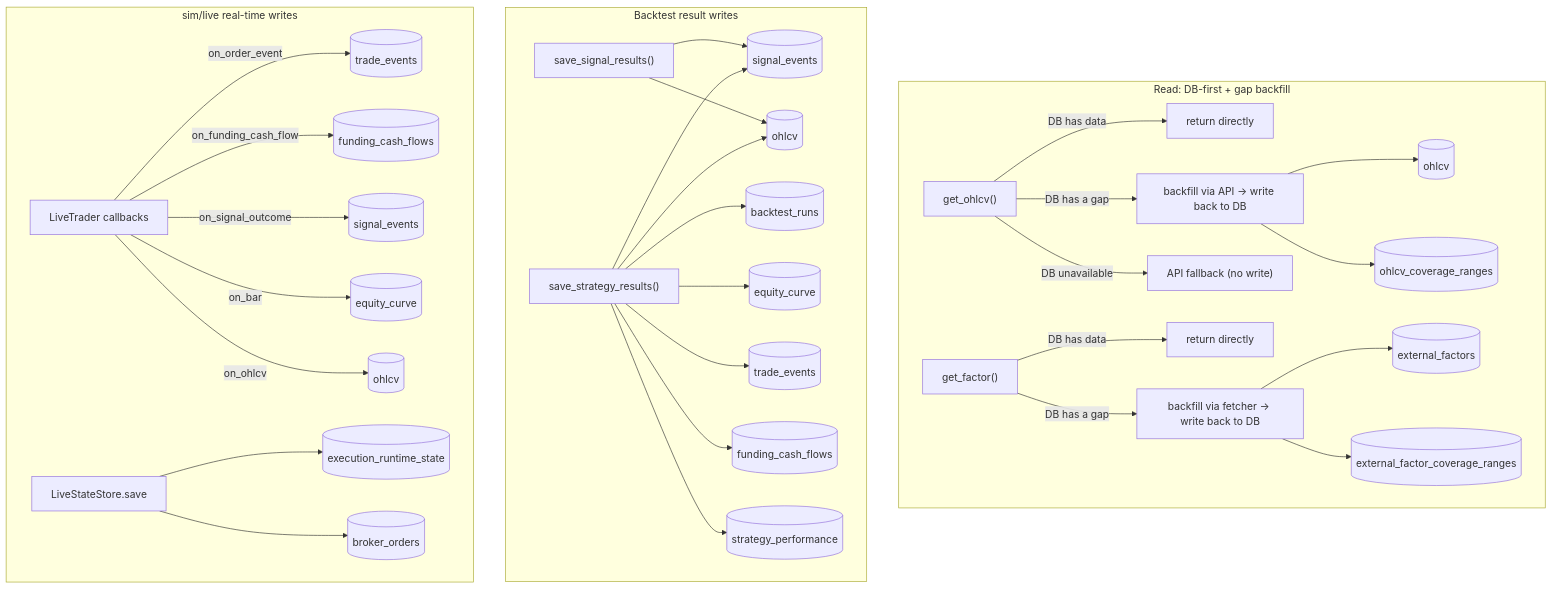
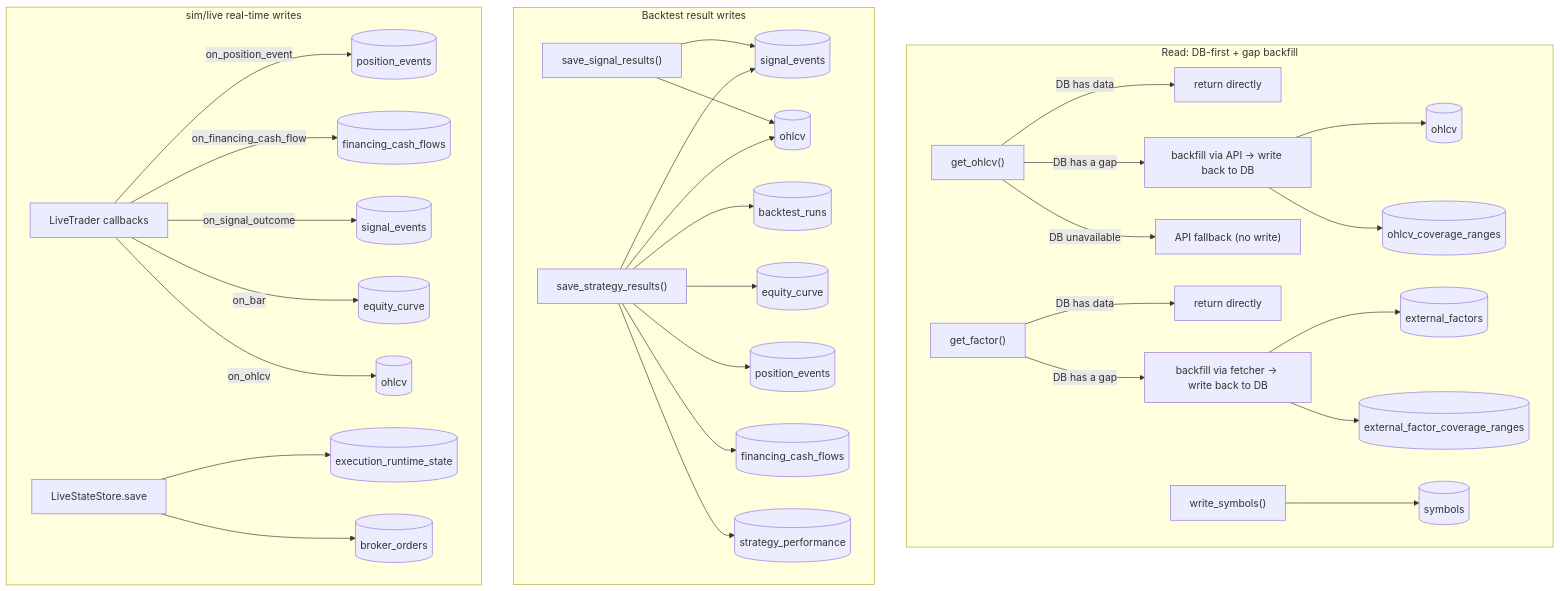
Before and after one commit to awwesomeman/librae: the diagram in architecture.md, drawn with Mermaid. The commit also changed other lines of this file and 5 other files, not shown here.

````diff
--- a/architecture.md
+++ b/architecture.md
@@ -636,38 +663,40 @@
 ```mermaid
 flowchart TD
     subgraph read["Read: DB-first + gap backfill"]
         get_ohlcv["get_ohlcv()"] -- "DB has data" --> direct1["return directly"]
         get_ohlcv -- "DB has a gap" --> apifill["backfill via API → write back to DB"]
         get_ohlcv -- "DB unavailable" --> fallback["API fallback (no write)"]
         apifill --> r_ohlcv[("ohlcv")]
         apifill --> r_ohlcv_cov[("ohlcv_coverage_ranges")]
 
         get_factor["get_factor()"] -- "DB has data" --> direct2["return directly"]
         get_factor -- "DB has a gap" --> factorfill["backfill via fetcher → write back to DB"]
         factorfill --> r_factors[("external_factors")]
         factorfill --> r_factor_cov[("external_factor_coverage_ranges")]
+
+        sync_symbols["write_symbols()"] --> r_symbols[("symbols")]
     end
 
     subgraph backtest["Backtest result writes"]
         save_signal["save_signal_results()"] --> b_signal_events[("signal_events")]
         save_signal --> b_ohlcv[("ohlcv")]
 
         save_strategy["save_strategy_results()"] --> b_backtest_runs[("backtest_runs")]
         save_strategy --> b_equity_curve[("equity_curve")]
-        save_strategy --> b_trade_events[("trade_events")]
-        save_strategy --> b_funding[("funding_cash_flows")]
+        save_strategy --> b_position_events[("position_events")]
+        save_strategy --> b_funding[("financing_cash_flows")]
         save_strategy --> b_strategy_perf[("strategy_performance")]
         save_strategy --> b_signal_events
         save_strategy --> b_ohlcv
     end
 
     subgraph live["sim/live real-time writes"]
-        callbacks["LiveTrader callbacks"] -- on_order_event --> l_trade_events[("trade_events")]
-        callbacks -- on_funding_cash_flow --> l_funding[("funding_cash_flows")]
+        callbacks["LiveTrader callbacks"] -- on_position_event --> l_position_events[("position_events")]
+        callbacks -- on_financing_cash_flow --> l_funding[("financing_cash_flows")]
         callbacks -- on_signal_outcome --> l_signal_events[("signal_events")]
         callbacks -- on_bar --> l_equity_curve[("equity_curve")]
         callbacks -- on_ohlcv --> l_ohlcv[("ohlcv")]
         checkpoint["LiveStateStore.save"] --> l_runtime[("execution_runtime_state")]
         checkpoint --> l_orders[("broker_orders")]
     end
 ```
````
